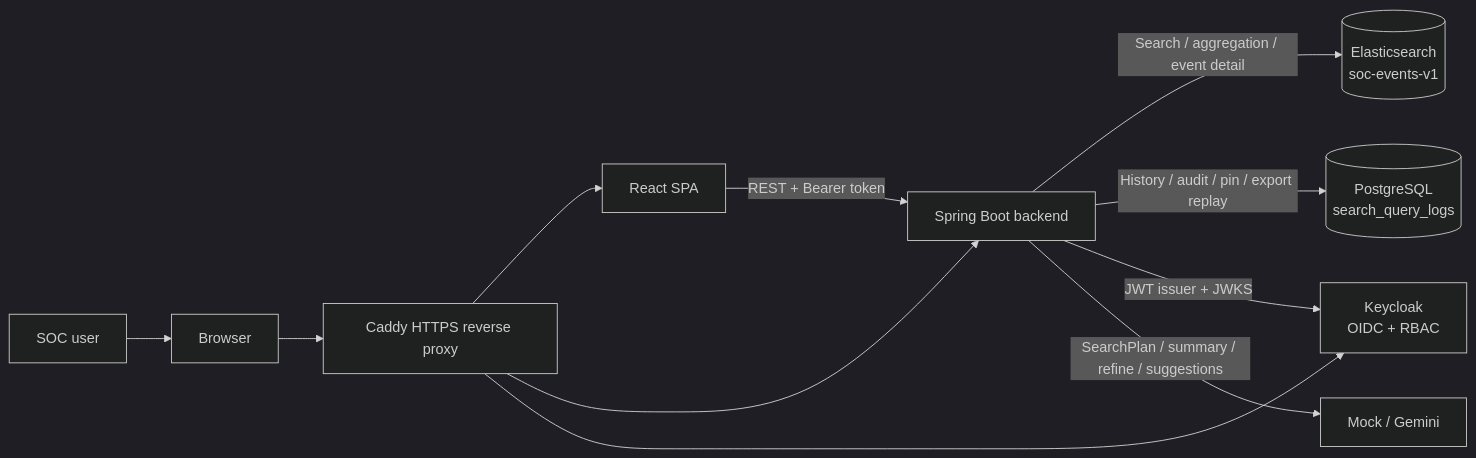
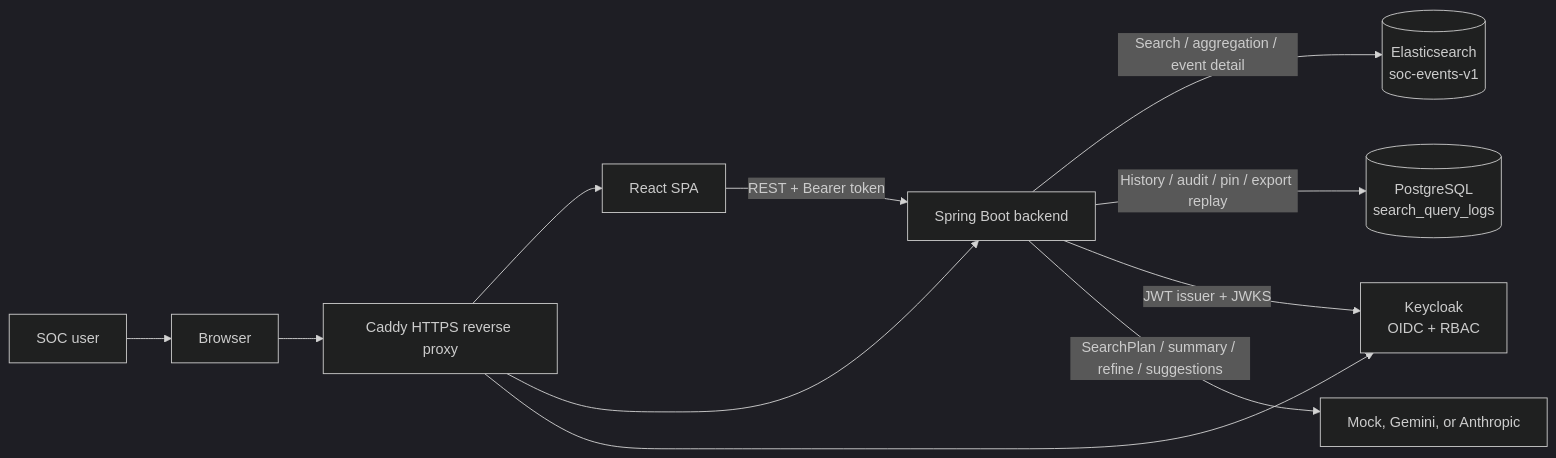
The first of 4 diagrams in docs/architecture.md (PhamVanMinhBinhThuan/soc-ai-search), drawn with Mermaid (dark theme) before and after one commit. The commit also changed other lines of this file and 11 other files, not shown here.

````diff
--- a/docs/architecture.md
+++ b/docs/architecture.md
@@ -11,23 +11,23 @@
 ```mermaid
 flowchart LR
     User["SOC user"]
     Browser["Browser"]
     Caddy["Caddy HTTPS reverse proxy"]
     FE["React SPA"]
     BE["Spring Boot backend"]
     ES[("Elasticsearch\nsoc-events-v1")]
     PG[("PostgreSQL\nsearch_query_logs")]
     KC["Keycloak\nOIDC + RBAC"]
-    LLM["Mock / Gemini"]
+    LLM["Mock, Gemini, or Anthropic"]
 
     User --> Browser
     Browser --> Caddy
     Caddy --> FE
     Caddy --> BE
     Caddy --> KC
     FE -->|REST + Bearer token| BE
     BE -->|Search / aggregation / event detail| ES
     BE -->|History / audit / pin / export replay| PG
     BE -->|JWT issuer + JWKS| KC
     BE -->|SearchPlan / summary / refine / suggestions| LLM
 ```
````
